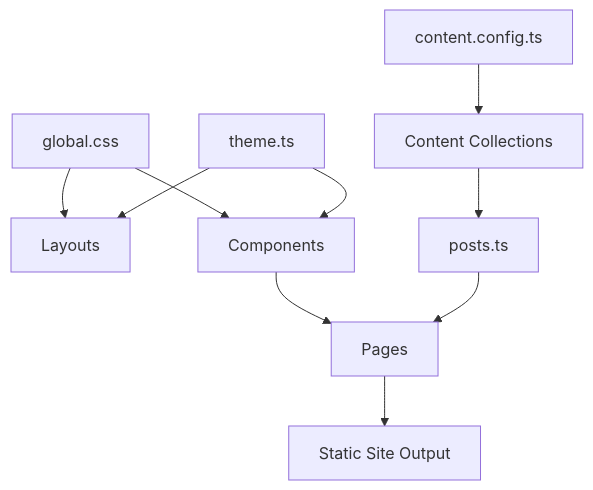
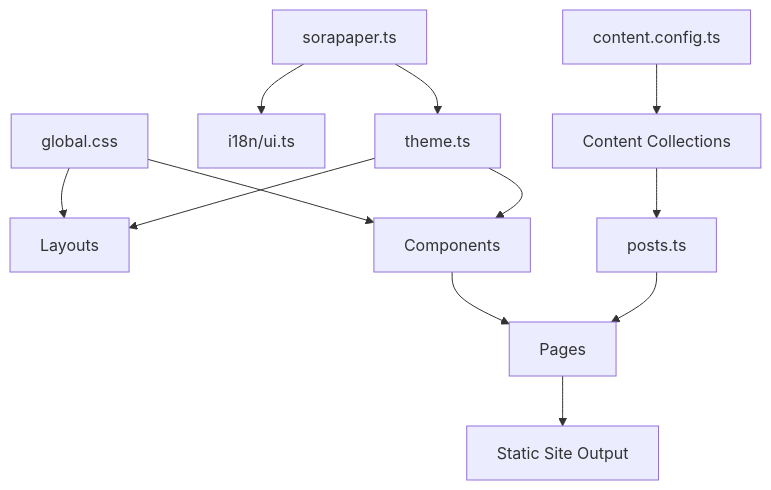
One commit to AllsVoid/sorapaper changed the diagram in docs/development-guide.md. Above: the diagram before and after it, drawn with Mermaid. The commit also changed other lines of this file and 8 other files, not shown here.

````diff
--- a/docs/development-guide.md
+++ b/docs/development-guide.md
@@ -85,12 +87,14 @@
 ```mermaid
 flowchart TD
-  ThemeConfig[theme.ts] --> Layouts[Layouts]
+  RootConfig[sorapaper.ts] --> ThemeConfig[theme.ts]
+  RootConfig --> I18nUi[i18n/ui.ts]
+  ThemeConfig --> Layouts[Layouts]
   ThemeConfig --> Components[Components]
   ContentConfig[content.config.ts] --> ContentCollections[Content Collections]
   ContentCollections --> PostUtils[posts.ts]
   PostUtils --> Pages[Pages]
   Components --> Pages
   GlobalCSS[global.css] --> Layouts
   GlobalCSS --> Components
   Pages --> StaticOutput[Static Site Output]
 ```
````
